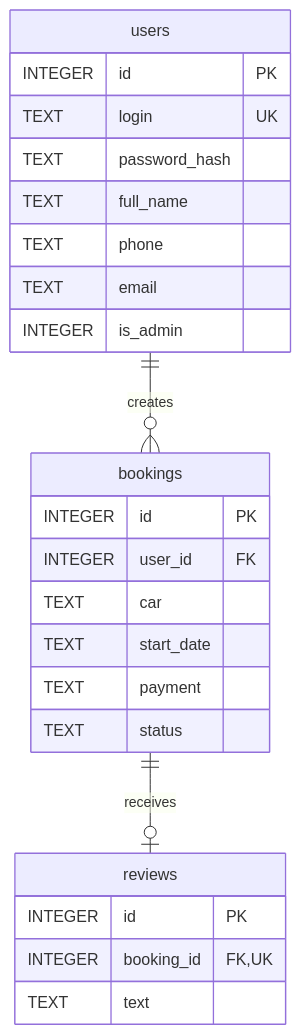
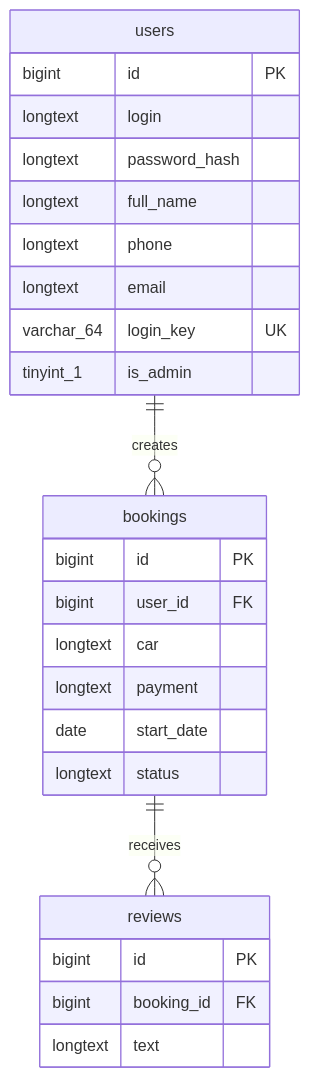
The diagram in docs/er.mmd (somnia-somnia/demo-exam-variant-3), drawn with Mermaid before and after one commit. The commit also changed 70 other files, not shown here.

```diff
--- a/docs/er.mmd
+++ b/docs/er.mmd
@@ -1,25 +1,26 @@
 erDiagram
     users ||--o{ bookings : creates
-    bookings ||--o| reviews : receives
+    bookings ||--o{ reviews : receives
     users {
-        INTEGER id PK
-        TEXT login UK
-        TEXT password_hash
-        TEXT full_name
-        TEXT phone
-        TEXT email
-        INTEGER is_admin
+        bigint id PK
+        longtext login
+        longtext password_hash
+        longtext full_name
+        longtext phone
+        longtext email
+        varchar_64 login_key UK
+        tinyint_1 is_admin
     }
     bookings {
-        INTEGER id PK
-        INTEGER user_id FK
-        TEXT car
-        TEXT start_date
-        TEXT payment
-        TEXT status
+        bigint id PK
+        bigint user_id FK
+        longtext car
+        longtext payment
+        date start_date
+        longtext status
     }
     reviews {
-        INTEGER id PK
-        INTEGER booking_id FK,UK
-        TEXT text
+        bigint id PK
+        bigint booking_id FK
+        longtext text
     }
```
